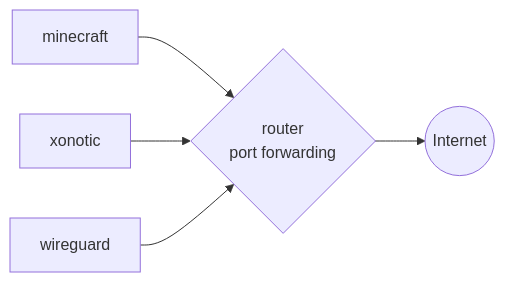
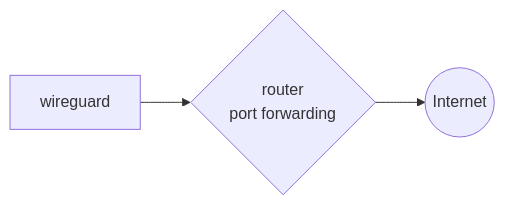
One commit to carnivuth/labcraft changed the third of 4 diagrams in readme.md. Above: the diagram before and after it, drawn with Mermaid. The commit also changed other lines of this file, not shown here.

````diff
--- a/readme.md
+++ b/readme.md
@@ -41,10 +46,8 @@
 ```mermaid
 flowchart LR
 A((Internet))
 B{router\n port forwarding}
-C[minecraft]
-D[xonotic]
-E[wireguard]
-C & D & E --> B
+C[wireguard]
+C --> B
 B --> A
 ```
````
